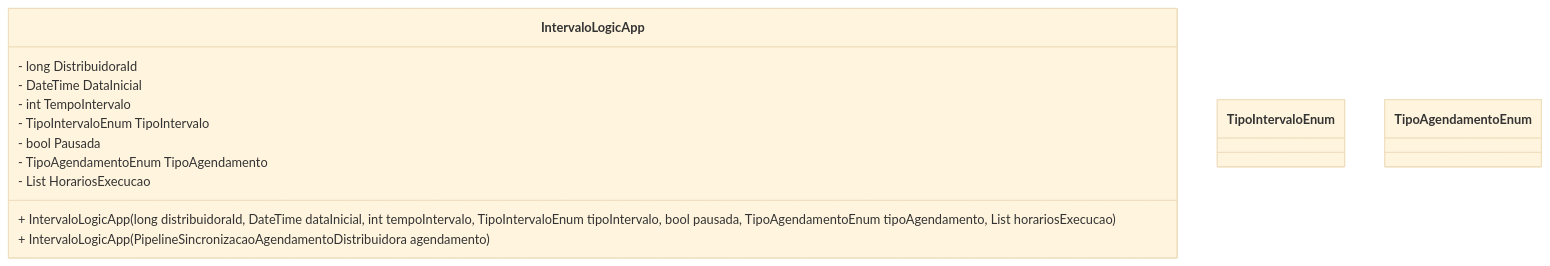
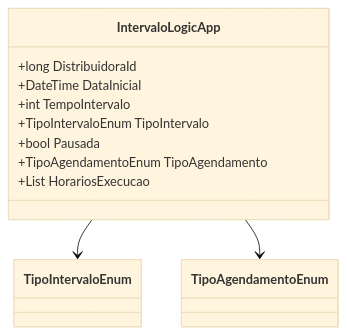
Before and after one commit to IsthmusSistemas/documentacao-tecnica: the diagram in docs/b2b-dominio/IsthmusWinthor.Nucleo/IsthmusWinthor.Dominio/POCO/IntervaloLogicApp.md, drawn with Mermaid (base theme). The commit also changed other lines of this file and 882 other files, not shown here.

````diff
--- a/docs/b2b-dominio/IsthmusWinthor.Nucleo/IsthmusWinthor.Dominio/POCO/IntervaloLogicApp.md
+++ b/docs/b2b-dominio/IsthmusWinthor.Nucleo/IsthmusWinthor.Dominio/POCO/IntervaloLogicApp.md
@@ -52,16 +56,14 @@
 ```mermaid
 classDiagram
     class IntervaloLogicApp {
-        - long DistribuidoraId
-        - DateTime DataInicial
-        - int TempoIntervalo
-        - TipoIntervaloEnum TipoIntervalo
-        - bool Pausada
-        - TipoAgendamentoEnum TipoAgendamento
-        - List<TimeSpan> HorariosExecucao
-        + IntervaloLogicApp(long distribuidoraId, DateTime dataInicial, int tempoIntervalo, TipoIntervaloEnum tipoIntervalo, bool pausada, TipoAgendamentoEnum tipoAgendamento, List<TimeSpan> horariosExecucao)
-        + IntervaloLogicApp(PipelineSincronizacaoAgendamentoDistribuidora agendamento)
+        +long DistribuidoraId
+        +DateTime DataInicial
+        +int TempoIntervalo
+        +TipoIntervaloEnum TipoIntervalo
+        +bool Pausada
+        +TipoAgendamentoEnum TipoAgendamento
+        +List<TimeSpan> HorariosExecucao
     }
-    class TipoIntervaloEnum
-    class TipoAgendamentoEnum
+    IntervaloLogicApp --> TipoIntervaloEnum
+    IntervaloLogicApp --> TipoAgendamentoEnum
 ```
````
